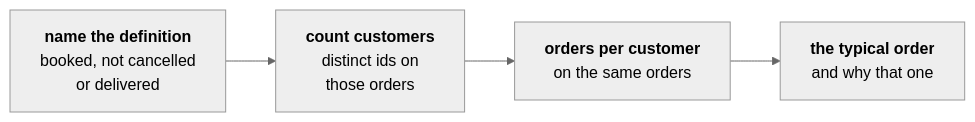
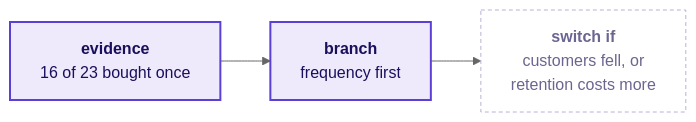
Before and after one commit to fde-academy-lab/c2-content-factory: the third of 10 diagrams in content/W01/D1/slides/C2_W01_D01_half2_STUDENT.md, drawn with Mermaid (neutral theme). The commit also changed other lines of this file and 10 other files, not shown here.

````diff
--- a/content/W01/D1/slides/C2_W01_D01_half2_STUDENT.md
+++ b/content/W01/D1/slides/C2_W01_D01_half2_STUDENT.md
@@ -82,6 +179,9 @@
 ```mermaid
 flowchart LR
-    A["<b>name the definition</b><br/>booked, not cancelled<br/>or delivered"] --> C["<b>count customers</b><br/>distinct ids on<br/>those orders"]
-    C --> D["<b>orders per customer</b><br/>on the same orders"]
-    D --> E["<b>the typical order</b><br/>and why that one"]
+    E["<b>evidence</b><br/>16 of 23 bought once"] --> B["<b>branch</b><br/>frequency first"]
+    B --> S["<b>switch if</b><br/>customers fell, or<br/>retention costs more"]
+    classDef known fill:#EEEAFB,stroke:#5B3FD6,color:#1A0F5C,stroke-width:2px
+    classDef unknown fill:#FFFFFF,stroke:#B8B2D6,color:#6B6690,stroke-dasharray:4 3
+    class E,B known
+    class S unknown
 ```
````
